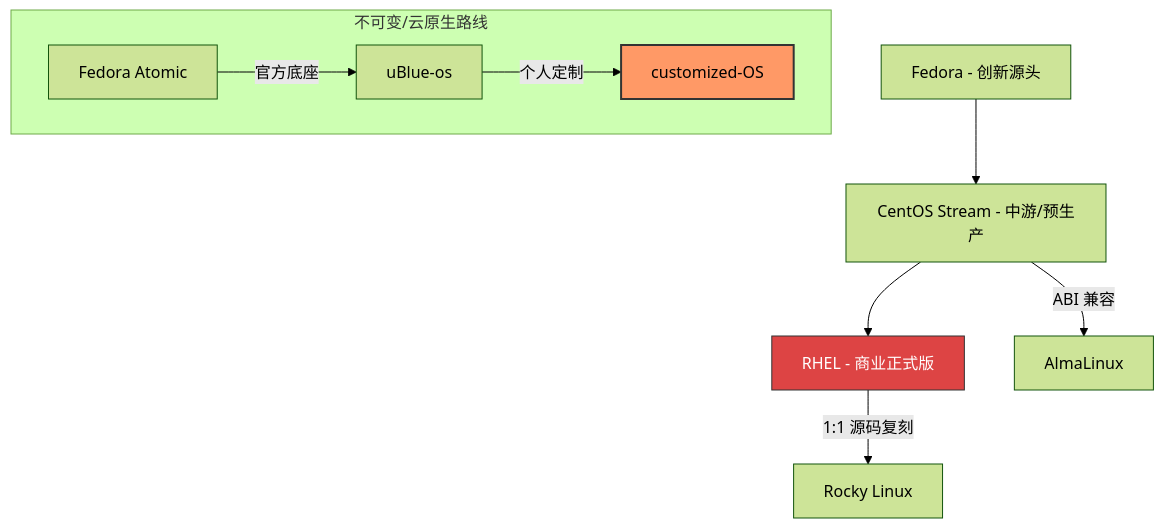
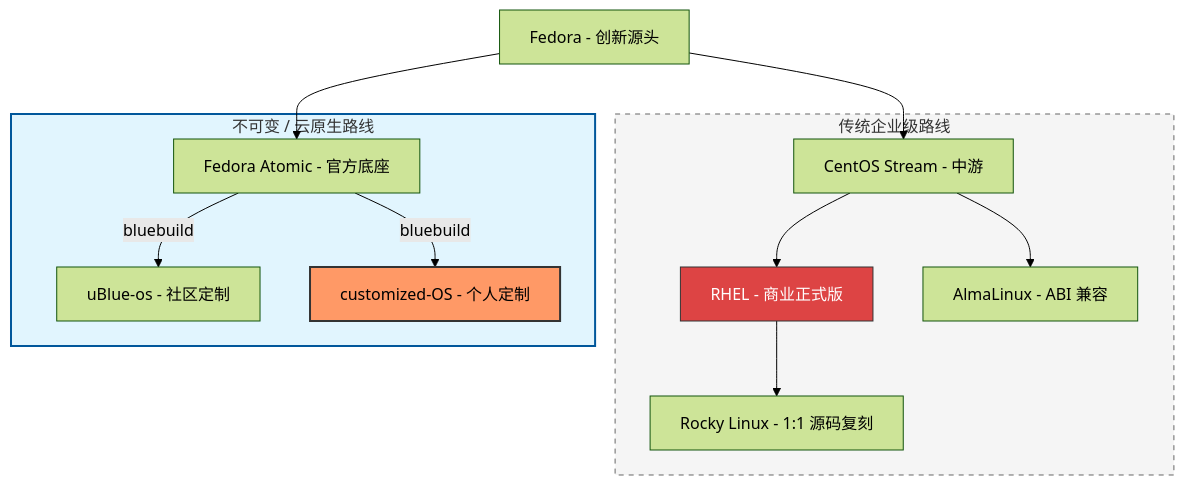
Before and after one commit to EdwardWoodhub/my-budgie: the diagram in 000Intro.md, drawn with Mermaid (forest theme). The commit also changed other lines of this file, not shown here.

Commit message:
Update mermaid diagram for traditional and atomic routes

````diff
--- a/000Intro.md
+++ b/000Intro.md
@@ -2,18 +4,37 @@
 ```mermaid
 graph TD
-    %% 传统路线
-    A[Fedora - 创新源头] --> B[CentOS Stream - 中游/预生产]
-    B --> C[RHEL - 商业正式版]
-    B -- ABI 兼容 --> D[AlmaLinux]
-    C -- 1:1 源码复刻 --> E[Rocky Linux]
+    %% 定义顶级源头
+    A["Fedora - 创新源头"]
 
-    %% 不可变路线
-    subgraph Atomic_Line [不可变/云原生路线]
-        F[Fedora Atomic] -- 官方底座 --> G[uBlue-os]
-        G -- 个人定制 --> H[customized-OS]
+    %% 传统企业级路线框
+    subgraph Traditional ["传统企业级路线"]
+        B["CentOS Stream - 中游"]
+        C["RHEL - 商业正式版"]
+        D["AlmaLinux - ABI 兼容"]
+        E["Rocky Linux - 1:1 源码复刻"]
+        
+        B --> C
+        B --> D
+        C --> E
     end
 
-    %% 样式美化
+    %% 不可变路线框
+    subgraph Atomic ["不可变 / 云原生路线"]
+        F["Fedora Atomic - 官方底座"]
+        G["uBlue-os - 社区定制"]
+        H["customized-OS - 个人定制"]
+        
+        F -- bluebuild --> G
+        F -- bluebuild --> H
+    end
+
+    %% 建立顶级连接
+    A --> B
+    A --> F
+
+    %% 样式美化（可选，增加区分度）
+    style Traditional fill:#f5f5f5,stroke:#666,stroke-dasharray: 5 5
+    style Atomic fill:#e1f5fe,stroke:#01579b,stroke-width:2px
     style H fill:#f96,stroke:#333,stroke-width:2px
     style C fill:#d44,stroke:#333,color:#fff
 ```
````
